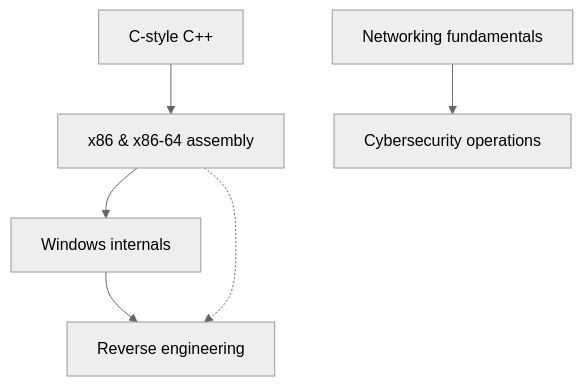
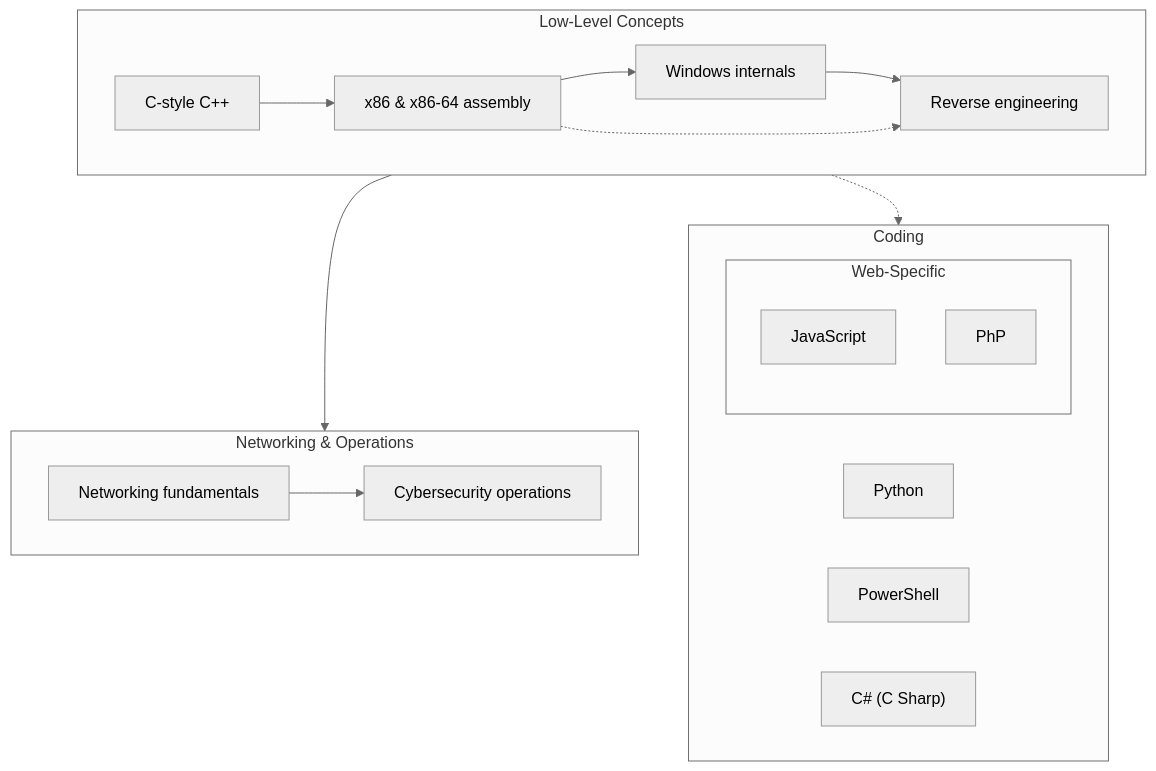
The diagram in readme.md (grimy86/CCI25), drawn with Mermaid (neutral theme) before and after one commit. The commit also changed other lines of this file, not shown here.

````diff
--- a/readme.md
+++ b/readme.md
@@ -16,10 +16,28 @@
 ```mermaid
 graph TD;
-	cpp[C-style C++]
-	cpp --> x86-64[x86 & x86-64 assembly]
-	x86-64 --> winint[Windows internals]
-	winint --> re[Reverse engineering]
-	x86-64 -.-> re
+	
+	subgraph ll[Low-Level Concepts]
+		cpp[C-style C++]
+		cpp --> x86-64[x86 & x86-64 assembly]
+		x86-64 --> winint[Windows internals]
+		winint --> re[Reverse engineering]
+		x86-64 -.-> re
+	end
 
-	nt[Networking fundamentals] --> csec[Cybersecurity operations]
+	subgraph ops[Networking & Operations]
+		nt[Networking fundamentals] --> csec[Cybersecurity operations]
+	end
+
+	subgraph Coding
+		subgraph Web-Specific
+			JavaScript
+			PhP
+		end
+		Python
+		PowerShell
+		cs["C# (C Sharp)"]
+	end
+
+	ll --> ops
+	ll -.-> Coding
 ```
````
